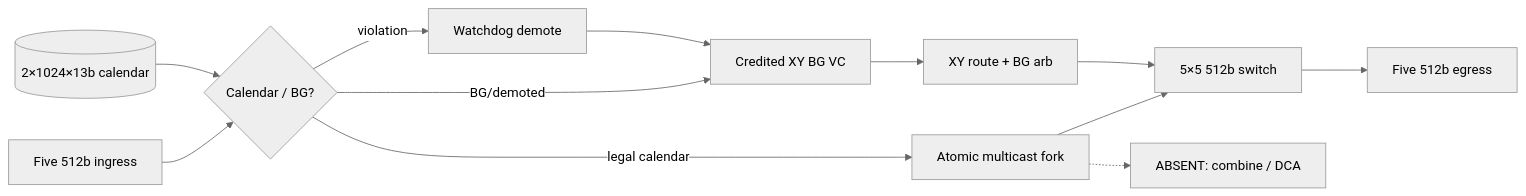
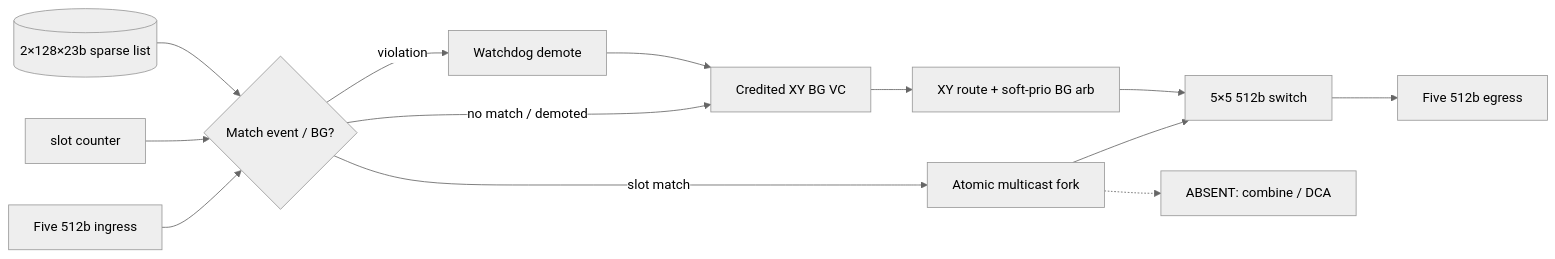
Before and after one commit to lukebest/booksim2: the diagram in docs/phase-2-architecture/architecture-candidates.md, drawn with Mermaid (neutral theme). The commit also changed other lines of this file and 30 other files, not shown here.

First line of the commit message:
dse: Trial 3 Arch-A3 SparseCal — sparse event calendar

````diff
--- a/docs/phase-2-architecture/architecture-candidates.md
+++ b/docs/phase-2-architecture/architecture-candidates.md
@@ -54,15 +67,16 @@
 ```mermaid
 flowchart LR
-  IN[Five 512b ingress] --> CLS{Calendar / BG?}
-  CAL[(2×1024×13b calendar)] --> CLS
-  CLS -->|legal calendar| FORK[Atomic multicast fork]
+  IN[Five 512b ingress] --> CLS{Match event / BG?}
+  CTR[slot counter] --> CLS
+  CAL[(2×128×23b sparse list)] --> CLS
+  CLS -->|slot match| FORK[Atomic multicast fork]
   FORK --> XBAR[5×5 512b switch]
-  CLS -->|BG/demoted| BGQ[Credited XY BG VC]
-  BGQ --> XY[XY route + BG arb]
+  CLS -->|no match / demoted| BGQ[Credited XY BG VC]
+  BGQ --> XY[XY route + soft-prio BG arb]
   XY --> XBAR
   CLS -->|violation| WD[Watchdog demote]
   WD --> BGQ
   XBAR --> OUT[Five 512b egress]
   NOCOMB[ABSENT: combine / DCA]
   FORK -.-> NOCOMB
 ```
````
